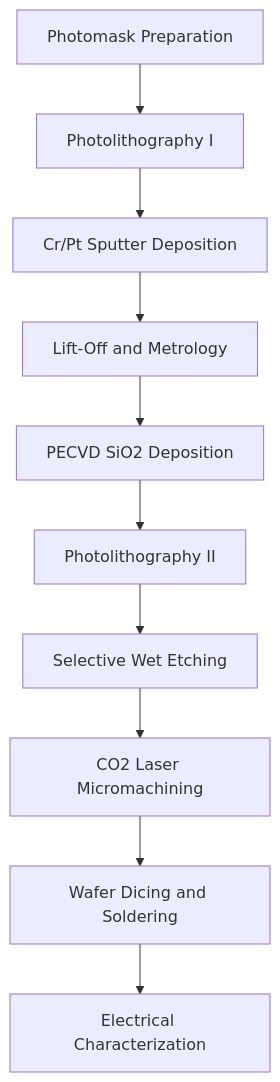
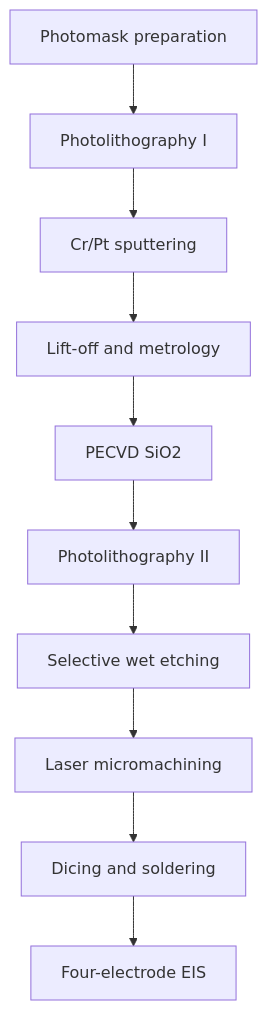
The diagram in README.md (Chakri1512/platinum-conductivity-sensor-microfabrication), drawn with Mermaid before and after one commit. The commit also changed other lines of this file and 11 other files, not shown here.

````diff
--- a/README.md
+++ b/README.md
@@ -85,12 +34,12 @@
 ```mermaid
 flowchart TD
-    A[Photomask Preparation] --> B[Photolithography I]
-    B --> C[Cr/Pt Sputter Deposition]
-    C --> D[Lift-Off and Metrology]
-    D --> E[PECVD SiO2 Deposition]
+    A[Photomask preparation] --> B[Photolithography I]
+    B --> C[Cr/Pt sputtering]
+    C --> D[Lift-off and metrology]
+    D --> E[PECVD SiO2]
     E --> F[Photolithography II]
-    F --> G[Selective Wet Etching]
-    G --> H[CO2 Laser Micromachining]
-    H --> I[Wafer Dicing and Soldering]
-    I --> J[Electrical Characterization]
+    F --> G[Selective wet etching]
+    G --> H[Laser micromachining]
+    H --> I[Dicing and soldering]
+    I --> J[Four-electrode EIS]
 ```
````
